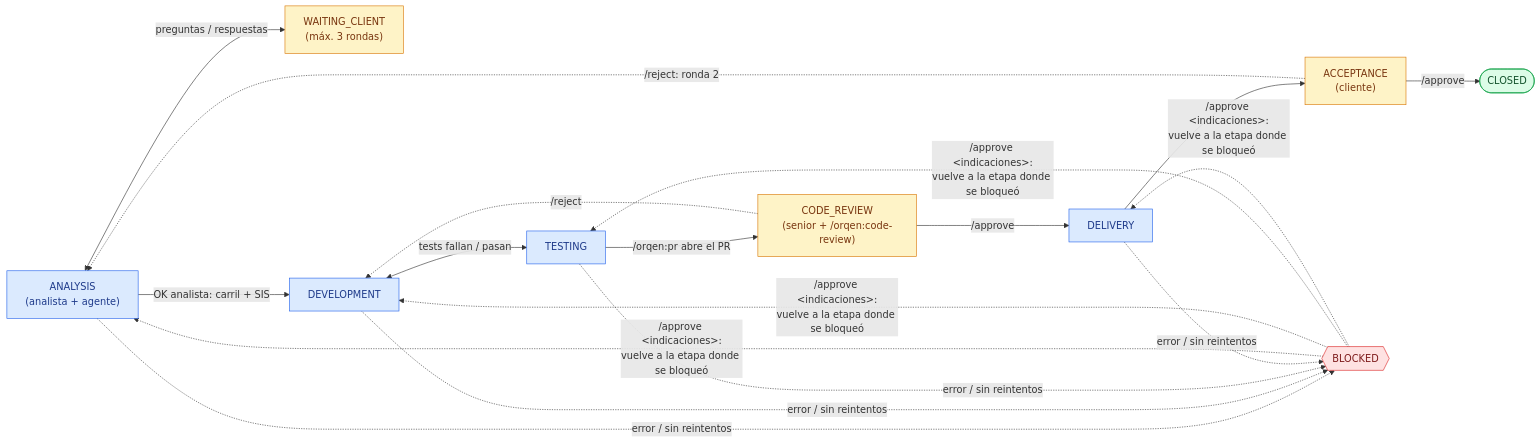
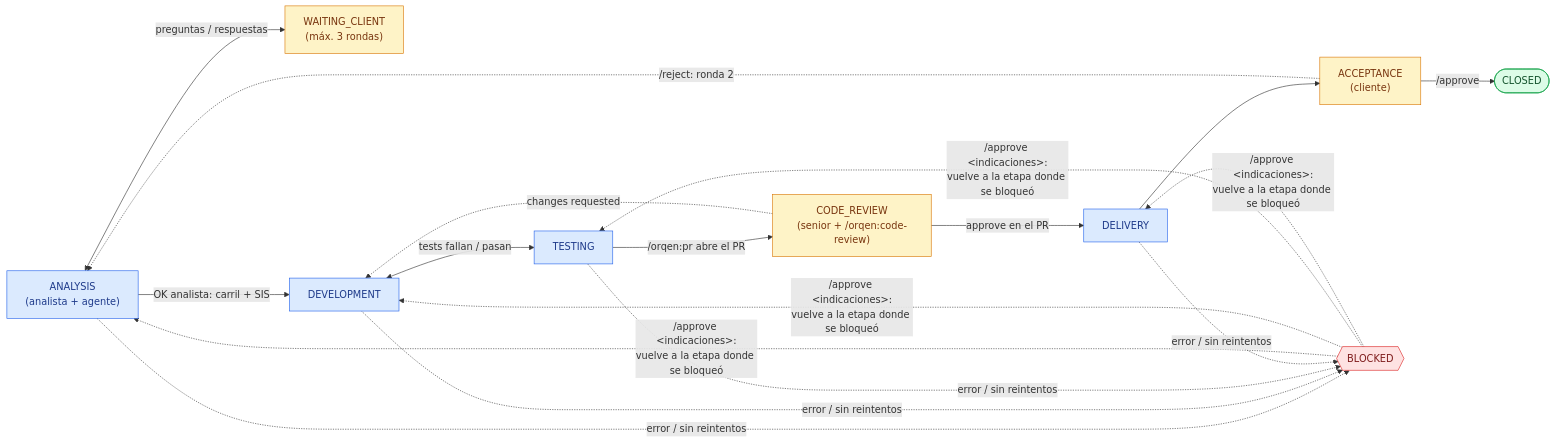
One commit to sistemas-telpin/orqen changed the sixth of 6 diagrams in README.md. Above: the diagram before and after it, drawn with Mermaid. The commit also changed other lines of this file and 8 other files, not shown here.

````diff
--- a/README.md
+++ b/README.md
@@ -185,30 +200,30 @@
 ```mermaid
 flowchart LR
     classDef agente fill:#dbeafe,stroke:#2563eb,color:#1e3a8a
     classDef humano fill:#fef3c7,stroke:#d97706,color:#78350f
     classDef final fill:#dcfce7,stroke:#16a34a,color:#14532d
     classDef bloq fill:#fee2e2,stroke:#dc2626,color:#7f1d1d
 
     ANALYSIS["ANALYSIS<br/>(analista + agente)"]:::agente
     ESPERA["WAITING_CLIENT<br/>(máx. 3 rondas)"]:::humano
     DESA["DEVELOPMENT"]:::agente
     TEST["TESTING"]:::agente
     REV["CODE_REVIEW<br/>(senior + /orqen:code-review)"]:::humano
     DELIVERY["DELIVERY"]:::agente
     CONF["ACCEPTANCE<br/>(cliente)"]:::humano
     CLOSED(["CLOSED"]):::final
     BLOQ{{"BLOCKED"}}:::bloq
 
     ANALYSIS <-->|preguntas / respuestas| ESPERA
     ANALYSIS -->|"OK analista: carril + SIS"| DESA
     DESA <-->|tests fallan / pasan| TEST
     TEST -->|"/orqen:pr abre el PR"| REV
-    REV -->|/approve| DELIVERY
-    REV -.->|/reject| DESA
+    REV -->|"approve en el PR"| DELIVERY
+    REV -.->|"changes requested"| DESA
     DELIVERY --> CONF
     CONF -->|/approve| CLOSED
     CONF -.->|"/reject: ronda 2"| ANALYSIS
 
     ANALYSIS & DESA & TEST & DELIVERY -.->|error / sin reintentos| BLOQ
     BLOQ -.->|"/approve &lt;indicaciones&gt;:<br/>vuelve a la etapa donde se bloqueó"| ANALYSIS & DESA & TEST & DELIVERY
 ```
````
